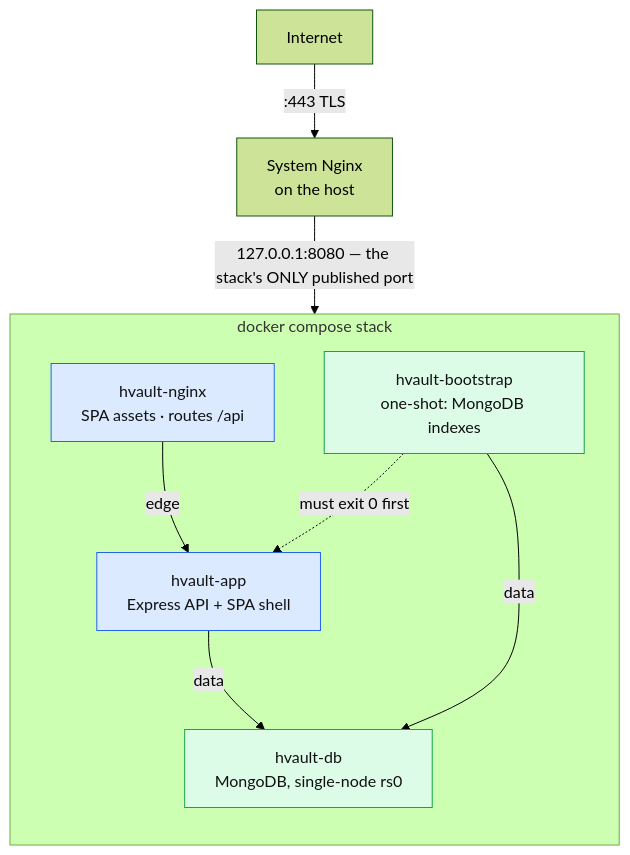
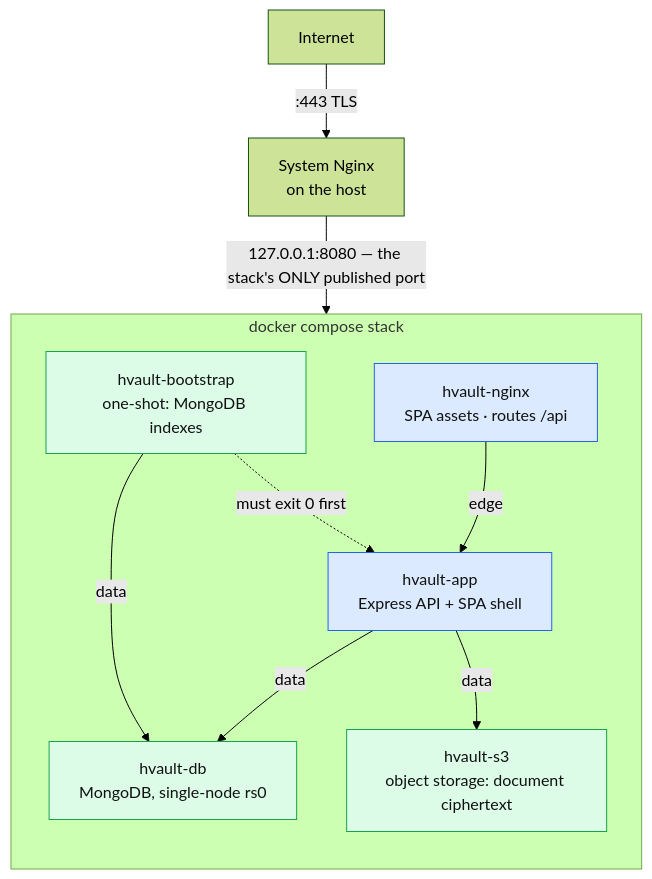
The third of 3 diagrams in README.md (Hiprax/h-vault), drawn with Mermaid (forest theme) before and after one commit. The commit also changed other lines of this file and 14 other files, not shown here.

````diff
--- a/README.md
+++ b/README.md
@@ -346,23 +347,25 @@
 ```mermaid
 flowchart TD
     NET["Internet"] -->|":443 TLS"| SYS["System Nginx<br/>on the host"]
     SYS -->|"127.0.0.1:8080 — the stack's ONLY published port"| NGX
 
     subgraph stack["docker compose stack"]
         direction TB
         NGX["hvault-nginx<br/>SPA assets · routes /api"]
         APP["hvault-app<br/>Express API + SPA shell"]
         BOOT["hvault-bootstrap<br/>one-shot: MongoDB indexes"]
         DB["hvault-db<br/>MongoDB, single-node rs0"]
+        S3["hvault-s3<br/>object storage: document ciphertext"]
 
         NGX -->|"edge"| APP
         APP -->|"data"| DB
+        APP -->|"data"| S3
         BOOT -->|"data"| DB
         BOOT -.->|"must exit 0 first"| APP
     end
 
     classDef edge fill:#dbeafe,stroke:#2563eb,color:#111
     classDef data fill:#dcfce7,stroke:#16a34a,color:#111
     class NGX,APP edge
-    class DB,BOOT data
+    class DB,BOOT,S3 data
 ```
````
